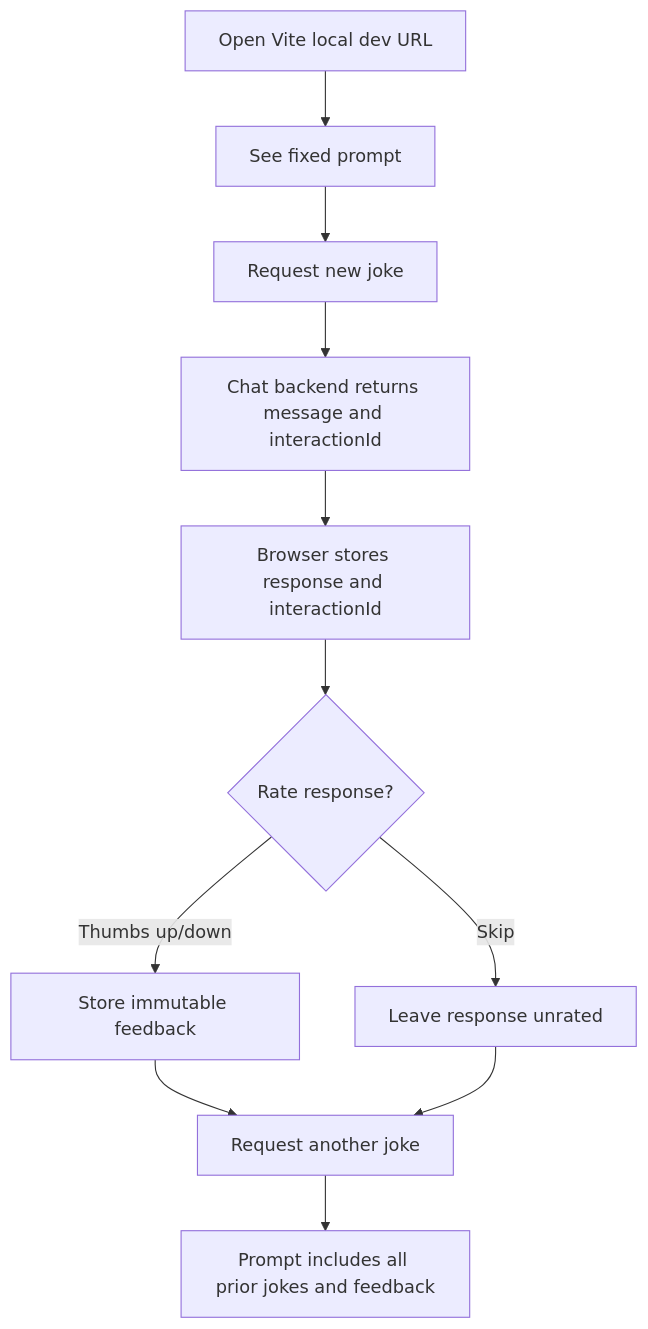
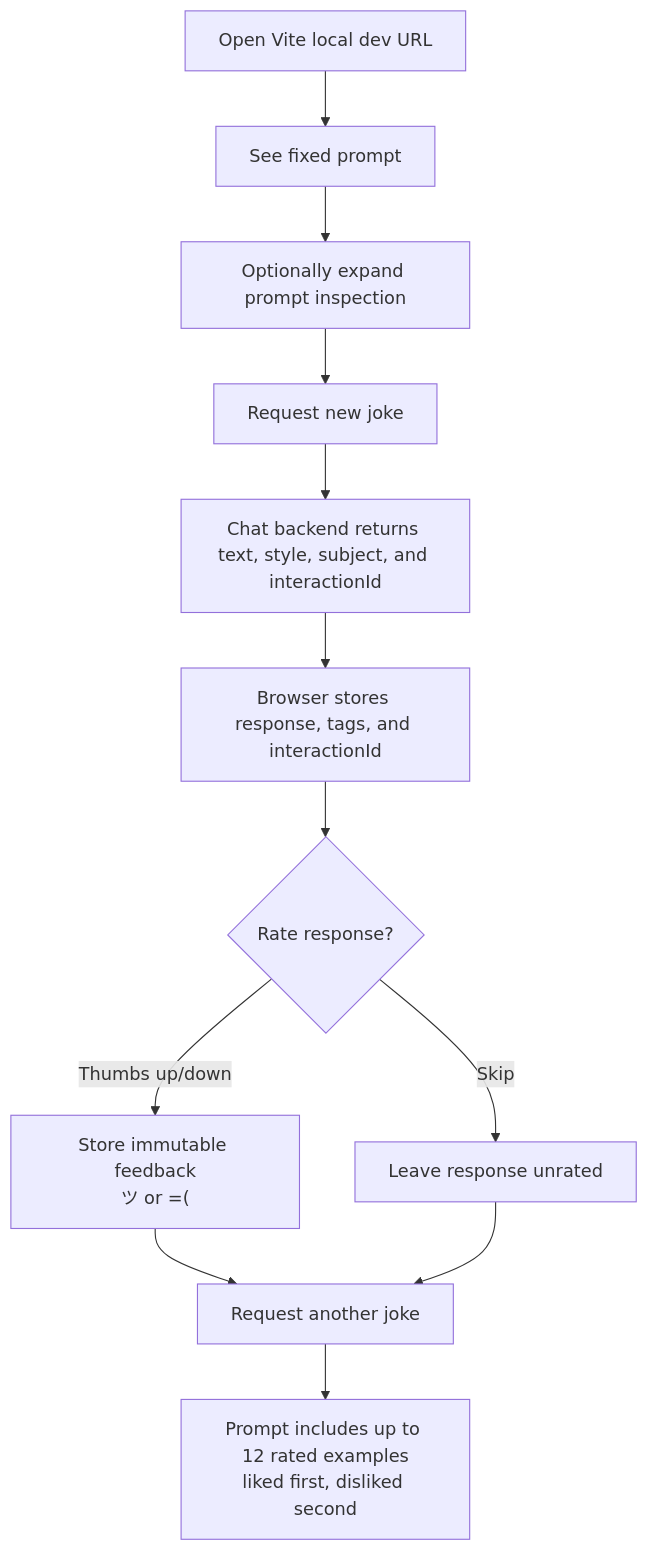
The second of 2 diagrams in architecture.md (johnpfeiffer/joker), drawn with Mermaid before and after one commit. The commit also changed other lines of this file and 13 other files, not shown here.

````diff
--- a/architecture.md
+++ b/architecture.md
@@ -20,13 +22,14 @@
 ```mermaid
 flowchart TD
   A["Open Vite local dev URL"] --> B["See fixed prompt"]
-  B --> C["Request new joke"]
-  C --> D["Chat backend returns message and interactionId"]
-  D --> E["Browser stores response and interactionId"]
+  B --> K["Optionally expand prompt inspection"]
+  K --> C["Request new joke"]
+  C --> D["Chat backend returns text, style, subject, and interactionId"]
+  D --> E["Browser stores response, tags, and interactionId"]
   E --> F{"Rate response?"}
-  F -->|"Thumbs up/down"| G["Store immutable feedback"]
+  F -->|"Thumbs up/down"| G["Store immutable feedback<br/>ツ or =("]
   F -->|"Skip"| H["Leave response unrated"]
   G --> I["Request another joke"]
   H --> I
-  I --> J["Prompt includes all prior jokes and feedback"]
+  I --> J["Prompt includes up to 12 rated examples<br/>liked first, disliked second"]
 ```
````
